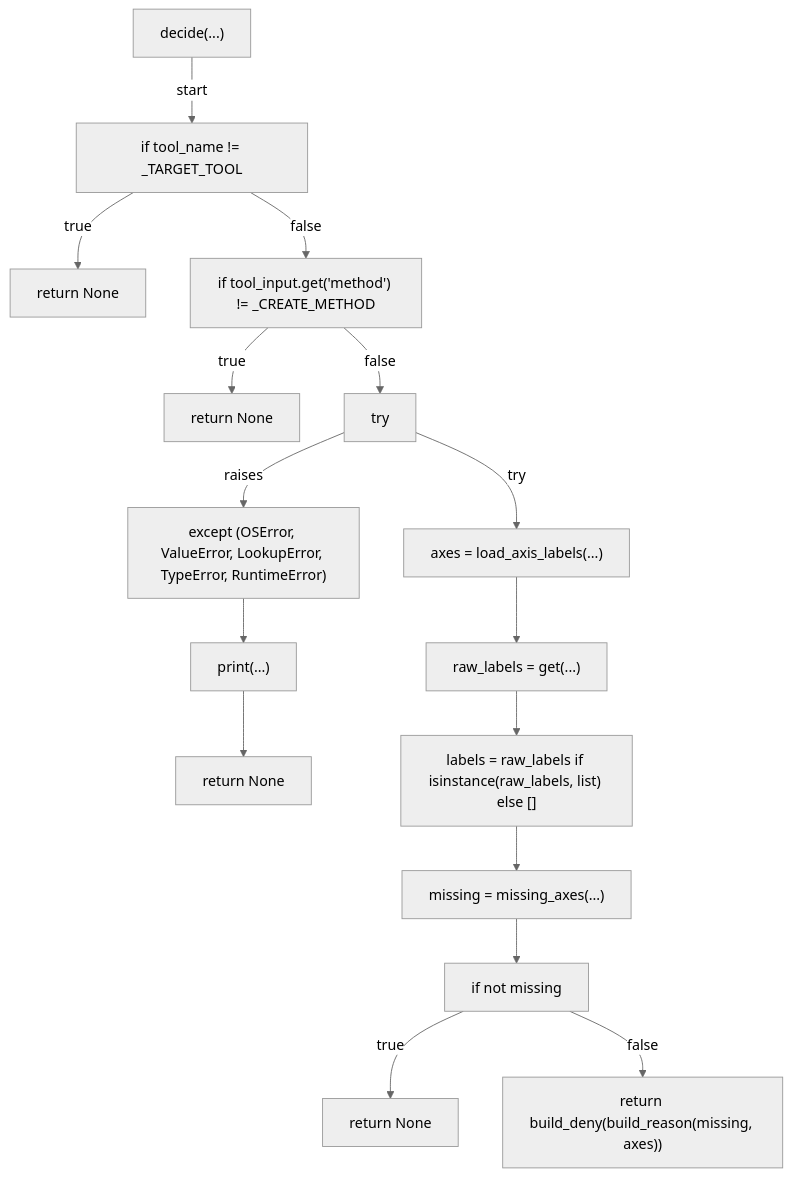
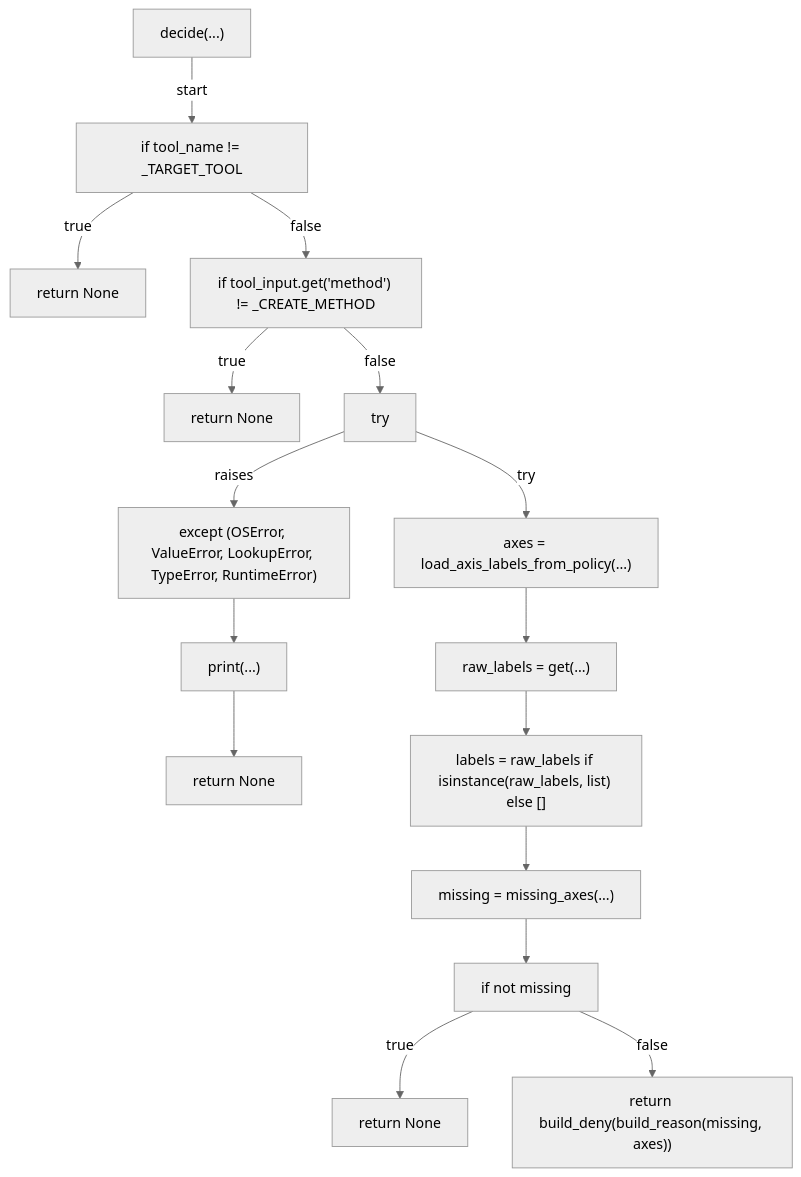
Before and after one commit to tvna/claude-md: the fifth of 6 diagrams in docs/generated/scripts/ast/gate_issue_classification_labels.md, drawn with Mermaid (neutral theme). The commit also changed other lines of this file and 7 other files, not shown here.

First line of the commit message:
docs(generated): regenerate decision tree and workflow diagrams (#2503)

````diff
--- a/docs/generated/scripts/ast/gate_issue_classification_labels.md
+++ b/docs/generated/scripts/ast/gate_issue_classification_labels.md
@@ -84,34 +63,34 @@
 ```mermaid
 flowchart TD
     N001["decide(...)"]
     N002["if tool_name != _TARGET_TOOL"]
     N003["return None"]
     N004["if tool_input.get('method') != _CREATE_METHOD"]
     N005["return None"]
     N006["try"]
-    N007["axes = load_axis_labels(...)"]
+    N007["axes = load_axis_labels_from_policy(...)"]
     N008["except (OSError, ValueError, LookupError, TypeError, RuntimeError)"]
     N009["print(...)"]
     N010["return None"]
     N011["raw_labels = get(...)"]
     N012["labels = raw_labels if isinstance(raw_labels, list) else []"]
     N013["missing = missing_axes(...)"]
     N014["if not missing"]
     N015["return None"]
     N016["return build_deny(build_reason(missing, axes))"]
     N001 -->|"start"| N002
     N002 -->|"true"| N003
     N002 -->|"false"| N004
     N004 -->|"true"| N005
     N004 -->|"false"| N006
     N006 -->|"try"| N007
     N006 -->|"raises"| N008
     N008 --> N009
     N009 --> N010
     N007 --> N011
     N011 --> N012
     N012 --> N013
     N013 --> N014
     N014 -->|"true"| N015
     N014 -->|"false"| N016
 ```
````
